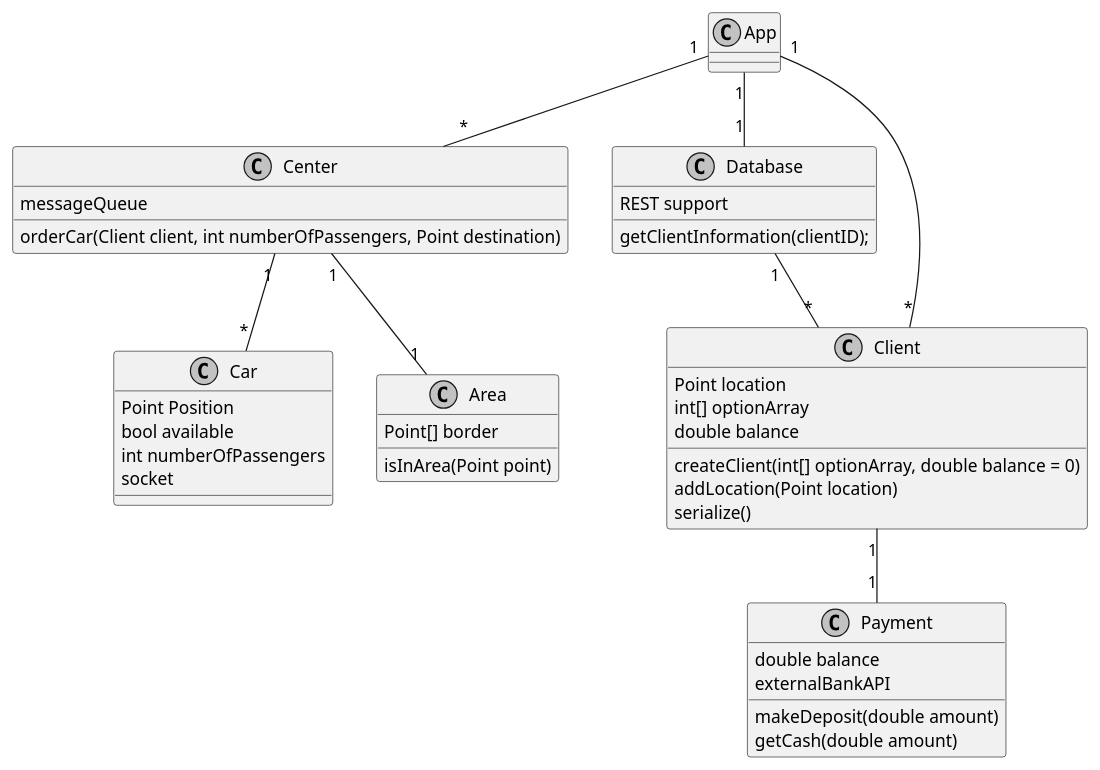
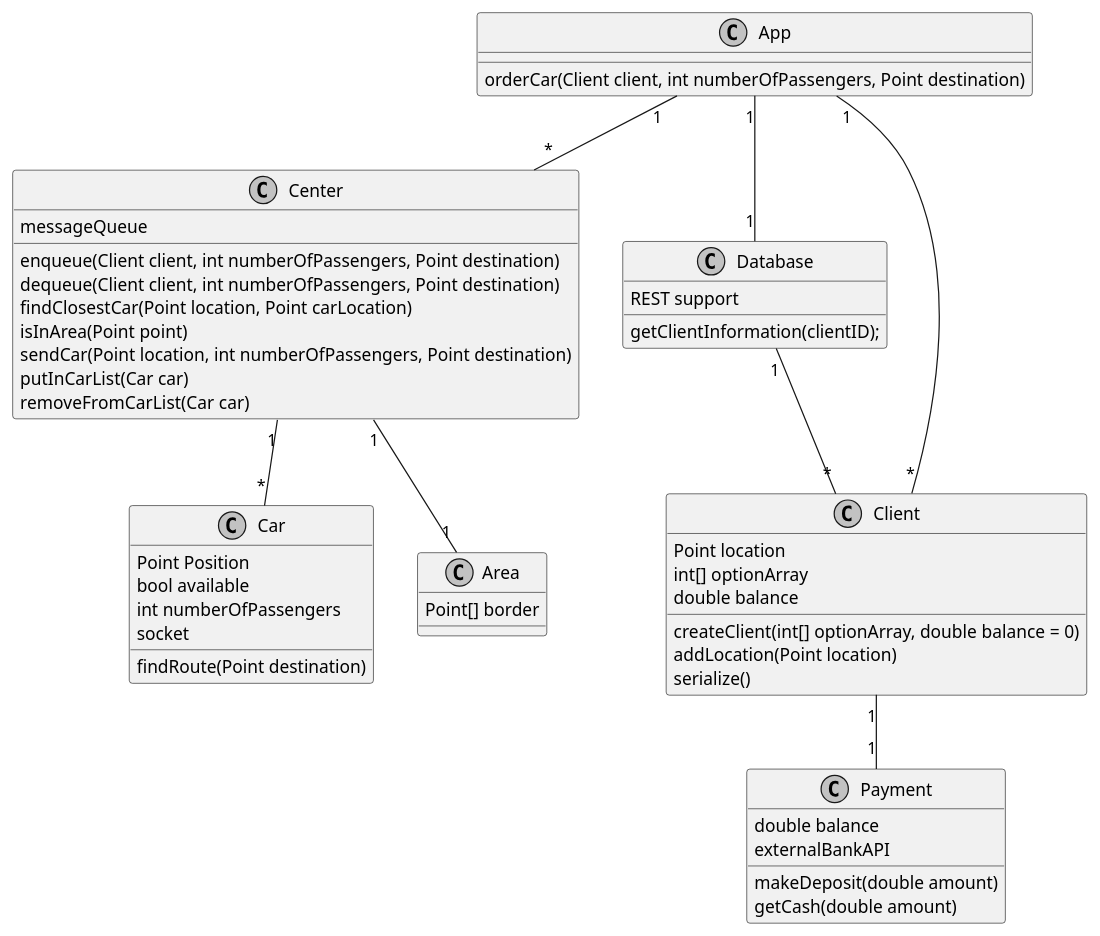
Before and after one commit to TwanSchoonen/Networking2018: the diagram in Diagrams/classDiagram.org, drawn with PlantUML. The commit also changed 5 other files, not shown here.

```diff
--- a/Diagrams/classDiagram.org
+++ b/Diagrams/classDiagram.org
@@ -1,64 +1,70 @@
 #+begin_src plantuml :file classDiagram.png
 @startuml
 skinparam {
   monochrome true
 }
 
 class Car {
   Point Position
   bool available
   int numberOfPassengers
   socket
 
+  findRoute(Point destination)
 }
 
 class Area {
   Point[] border
   
-  isInArea(Point point)
 }
 
 class Center {
   messageQueue
 
-  orderCar(Client client, int numberOfPassengers, Point destination)
-  
+  enqueue(Client client, int numberOfPassengers, Point destination)
+  dequeue(Client client, int numberOfPassengers, Point destination)
+  findClosestCar(Point location, Point carLocation)
+  isInArea(Point point)
+  sendCar(Point location, int numberOfPassengers, Point destination)
+  putInCarList(Car car)
+  removeFromCarList(Car car) 
 }
 
 class Database {
   REST support
   getClientInformation(clientID);
 }
 
 class App {
   
+  orderCar(Client client, int numberOfPassengers, Point destination)
 }
 
 class Payment {
   double balance
   externalBankAPI
 
   makeDeposit(double amount)
   getCash(double amount)
 }
 
 class Client {
   Point location
   int[] optionArray
   double balance
 
   createClient(int[] optionArray, double balance = 0)
   addLocation(Point location)
   serialize()
 }
 
 App "1" -- "*" Client
 App "1" -- "*" Center
 Center "1" -- "*" Car
 Center "1" -- "1" Area
 App "1" -- "1" Database
 Database "1" -- "*" Client
 Client "1" -- "1" Payment
 
 @enduml
 #+END_SRC
```
